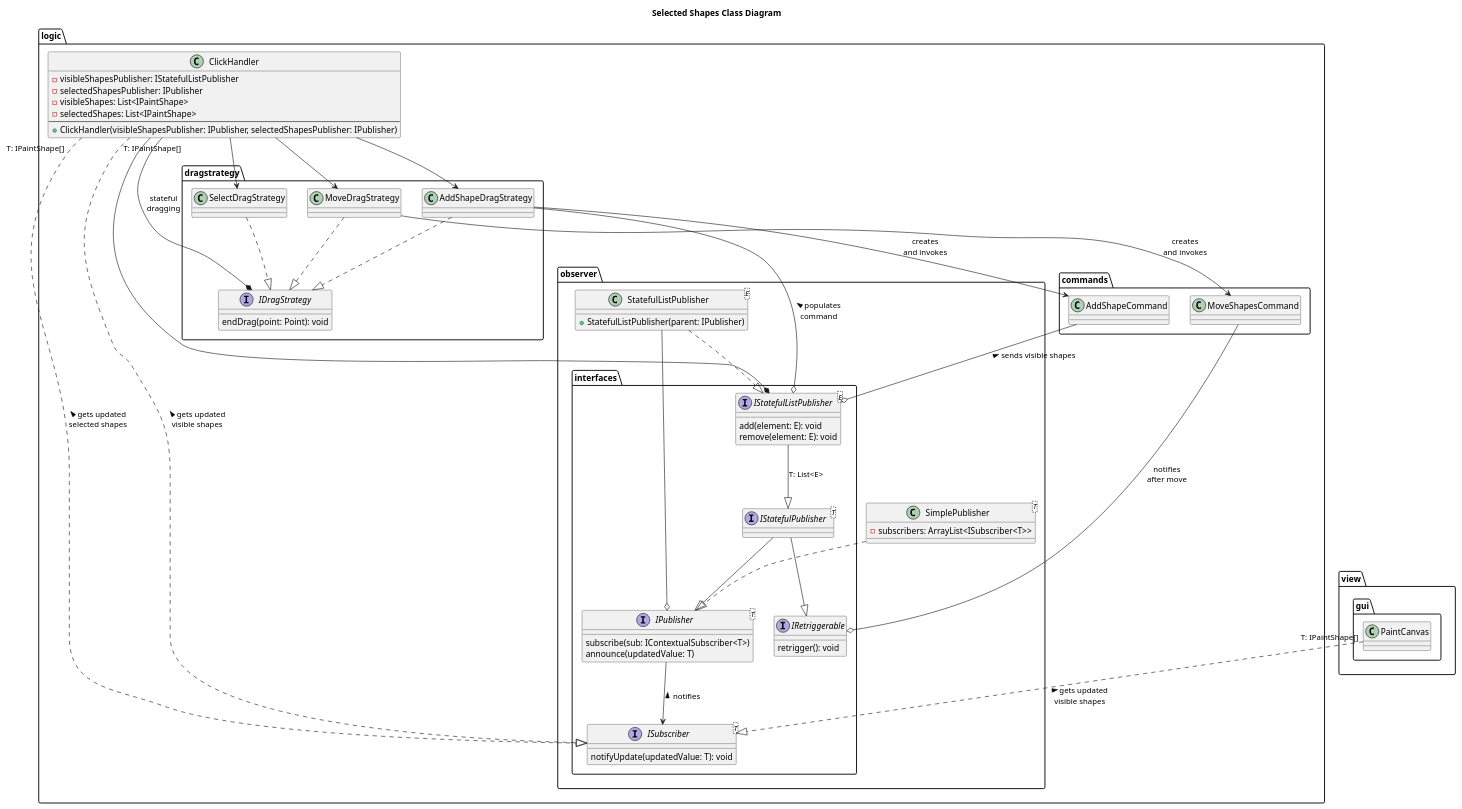
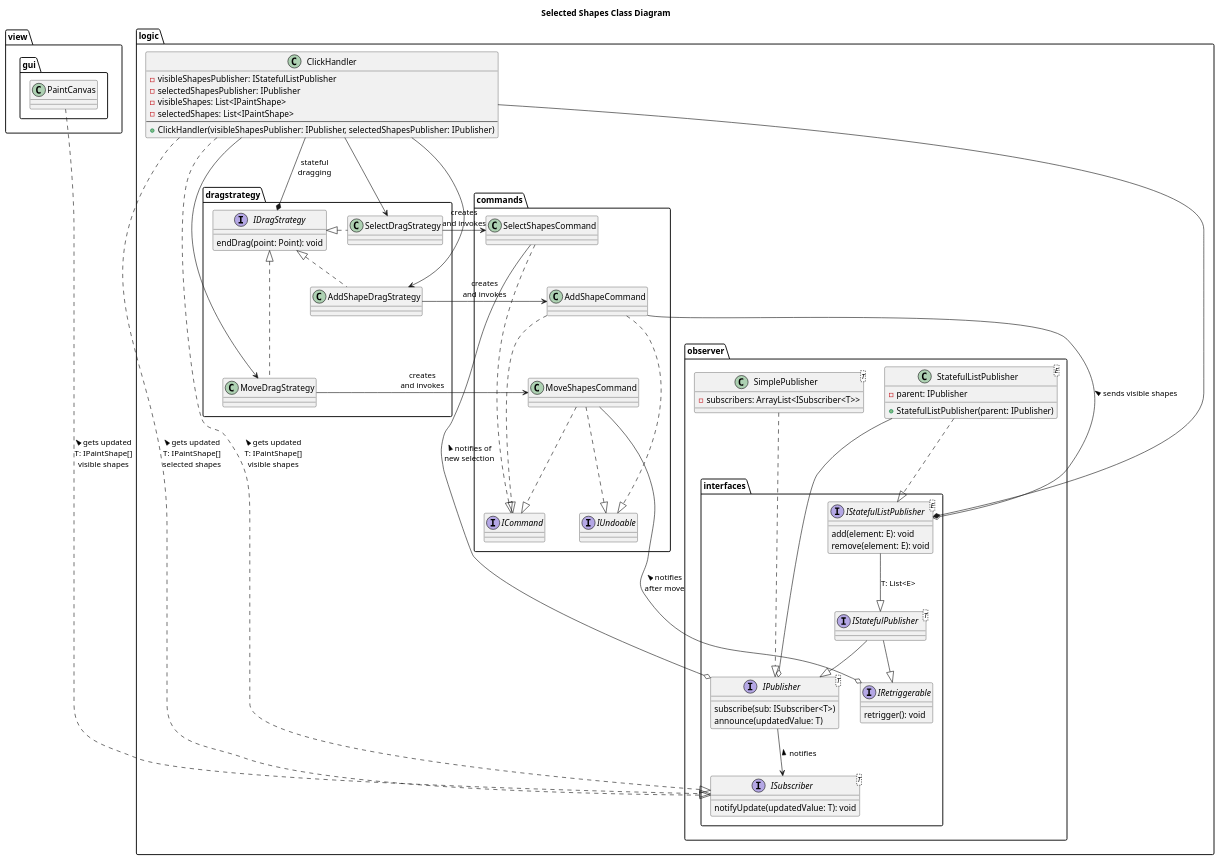
Before and after one commit to johnsmillie-portfolio/SE450-JPaint: the diagram in documentation/shape list observer class diagram.plantuml, drawn with PlantUML.

Commit message:
command interface relationships

```diff
--- a/documentation/shape list observer class diagram.plantuml
+++ b/documentation/shape list observer class diagram.plantuml
@@ -1,89 +1,113 @@
 @startuml Shapes Class Diagram
 title Selected Shapes Class Diagram
 
 package logic {
     package observer {
         package interfaces {
             interface IPublisher <T> {
-                subscribe(sub: IContextualSubscriber<T>)
+                subscribe(sub: ISubscriber<T>)
                 announce(updatedValue: T)
             }
 
             interface ISubscriber<T> {
                 notifyUpdate(updatedValue: T): void
             }
 
             interface IStatefulListPublisher<E> {
                 add(element: E): void
                 remove(element: E): void
             }
 
             interface IRetriggerable {
                 retrigger(): void
             }
 
             interface IStatefulPublisher<T>{}
         }
 
         class SimplePublisher<T> {
             - subscribers: ArrayList<ISubscriber<T>>
         }
 
         class StatefulListPublisher<E> {
+            - parent: IPublisher
             + StatefulListPublisher(parent: IPublisher)
         }
     }
 
     class ClickHandler {
         - visibleShapesPublisher: IStatefulListPublisher
         - selectedShapesPublisher: IPublisher
         - visibleShapes: List<IPaintShape>
         - selectedShapes: List<IPaintShape>
         --
         + ClickHandler(visibleShapesPublisher: IPublisher, selectedShapesPublisher: IPublisher)
     }
 
     package commands {
-        class AddShapeCommand 
+        class AddShapeCommand
         class MoveShapesCommand
+        class SelectShapesCommand
+
+        interface ICommand
+        interface IUndoable
     }
 
     package dragstrategy {
         interface IDragStrategy{
             endDrag(point: Point): void
         }
         class MoveDragStrategy
         class AddShapeDragStrategy
         class SelectDragStrategy
     }
 }
 
 package view.gui {
     class PaintCanvas {}
 }
 
 StatefulListPublisher ..|> IStatefulListPublisher
 StatefulListPublisher --o IPublisher
 IPublisher --> ISubscriber : < notifies
 IStatefulPublisher --|> IPublisher
 IStatefulPublisher --|> IRetriggerable
 IStatefulListPublisher --|> IStatefulPublisher : T: List<E>
-SimplePublisher ..|> IPublisher
-PaintCanvas "T: IPaintShape[]" ..|> ISubscriber : < gets updated\nvisible shapes
-ClickHandler "T: IPaintShape[]" ..|> ISubscriber : < gets updated\nselected shapes
-ClickHandler "T: IPaintShape[]" ..|> ISubscriber : < gets updated\nvisible shapes
+SimplePublisher .d.|> IPublisher
+SimplePublisher -[hidden]r- StatefulListPublisher
+IPublisher -[hidden]r- IRetriggerable
+
+PaintCanvas ..|> ISubscriber : < gets updated\nT: IPaintShape[]\nvisible shapes
+ClickHandler .r.|> ISubscriber : < gets updated\nT: IPaintShape[]\nselected shapes
+ClickHandler .r.|> ISubscriber : < gets updated\nT: IPaintShape[]\nvisible shapes
 AddShapeCommand --o IStatefulListPublisher : < sends visible shapes
-AddShapeDragStrategy --o IStatefulListPublisher : < populates\ncommand
-ClickHandler --* IStatefulListPublisher
-ClickHandler --> MoveDragStrategy
-ClickHandler --> SelectDragStrategy
-ClickHandler --> AddShapeDragStrategy
-ClickHandler --* IDragStrategy : stateful\ndragging
-AddShapeDragStrategy --> AddShapeCommand : creates\nand invokes
-MoveDragStrategy --> MoveShapesCommand : creates\nand invokes
-MoveDragStrategy ..|> IDragStrategy
-SelectDragStrategy ..|> IDragStrategy
-AddShapeDragStrategy ..|> IDragStrategy
-MoveShapesCommand --o IRetriggerable : notifies\nafter move
+ClickHandler -r-* IStatefulListPublisher
+ClickHandler -d-> MoveDragStrategy
+ClickHandler -d-> SelectDragStrategy
+ClickHandler -d-> AddShapeDragStrategy
+ClickHandler -d-* IDragStrategy : stateful\ndragging
+
+AddShapeDragStrategy -r-> AddShapeCommand : creates\nand invokes
+MoveDragStrategy -r-> MoveShapesCommand : creates\nand invokes
+SelectDragStrategy -r-> SelectShapesCommand : creates\nand invokes
+MoveDragStrategy .l.|> IDragStrategy
+SelectDragStrategy .l.|> IDragStrategy
+AddShapeDragStrategy .l.|> IDragStrategy
+SelectDragStrategy -[hidden]d- AddShapeDragStrategy
+AddShapeDragStrategy -[hidden]d- MoveDragStrategy
+
+MoveShapesCommand --o IRetriggerable : < notifies\nafter move
+SelectShapesCommand --o IPublisher : < notifies of\nnew selection
+MoveShapesCommand ..|> IUndoable
+MoveShapesCommand ..|> ICommand
+SelectShapesCommand ..|> ICommand
+AddShapeCommand ..|> IUndoable
+AddShapeCommand ..|> ICommand
+
+PaintCanvas -[hidden]r- ClickHandler
+SelectShapesCommand -[hidden]d- AddShapeCommand
+AddShapeCommand -[hidden]d- MoveShapesCommand
+AddShapeCommand -[hidden]d- StatefulListPublisher
+
 
 @enduml
```
